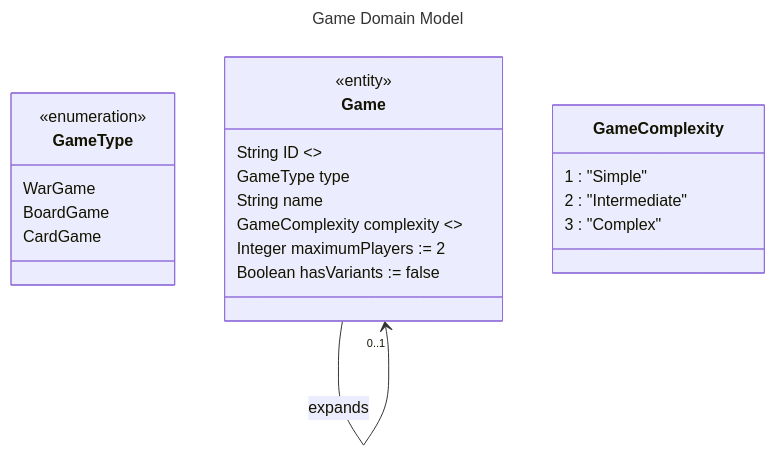
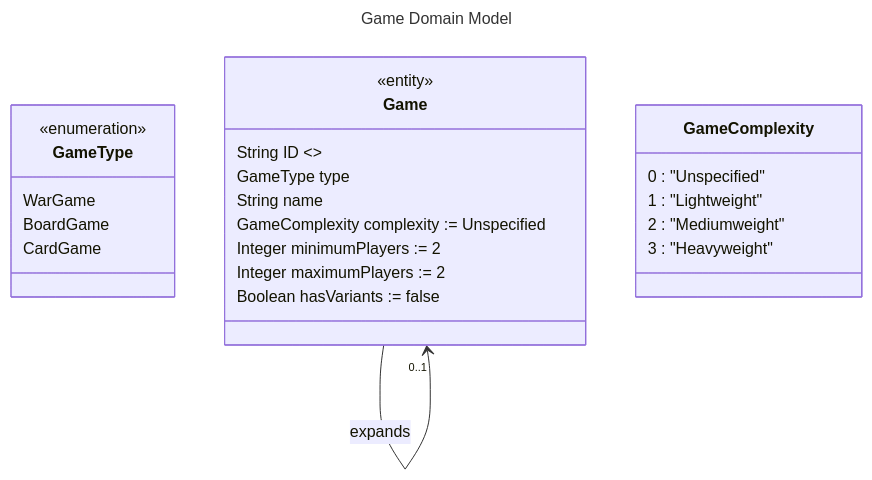
One commit to AdrianMiley/War-Games-League changed the diagram in design/data/game.md. Above: the diagram before and after it, drawn with Mermaid.

Commit message:
Refining Game specifuications to include Unspecified state

````diff
--- a/design/data/game.md
+++ b/design/data/game.md
@@ -9,32 +9,34 @@
 ```mermaid
 ---
   title: Game Domain Model
   config:
     class:
       hideEmptyMembersBox: true
 ---
 %%    namespace "game"
 classDiagram
     class GameType {
         <<enumeration>>
         WarGame
         BoardGame
         CardGame
     }
     class Game {
         <<entity>>
         String ID <<key>>
         GameType type
         String name
-        GameComplexity complexity <<optional>>
+        GameComplexity complexity := Unspecified
+        Integer minimumPlayers := 2
         Integer maximumPlayers := 2
         Boolean hasVariants := false
     }
     Game --> "0..1" Game : expands 
 
     class GameComplexity {
-        1 : "Simple"
-        2 : "Intermediate"
-        3 : "Complex"
+        0 : "Unspecified"
+        1 : "Lightweight"
+        2 : "Mediumweight"
+        3 : "Heavyweight"
     } 
 ```
````
